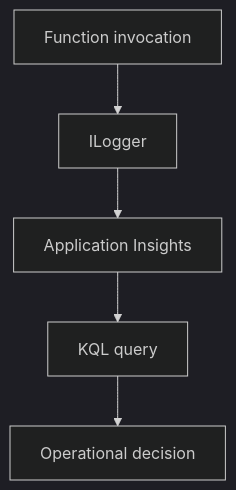
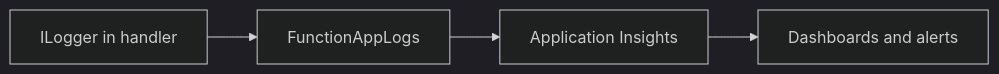
Before and after one commit to yeongseon/azure-functions-practical-guide: the diagram in docs/language-guides/dotnet/tutorial/consumption/04-logging-monitoring.md, drawn with Mermaid (dark theme). The commit also changed other lines of this file and 7 other files, not shown here.

````diff
--- a/docs/language-guides/dotnet/tutorial/consumption/04-logging-monitoring.md
+++ b/docs/language-guides/dotnet/tutorial/consumption/04-logging-monitoring.md
@@ -87,7 +34,6 @@
 ```mermaid
-flowchart TD
-    A[Function invocation] --> B[ILogger<T>]
+flowchart LR
+    A["ILogger<T> in handler"] --> B[FunctionAppLogs]
     B --> C[Application Insights]
-    C --> D[KQL query]
-    D --> E[Operational decision]
+    C --> D[Dashboards and alerts]
 ```
````
